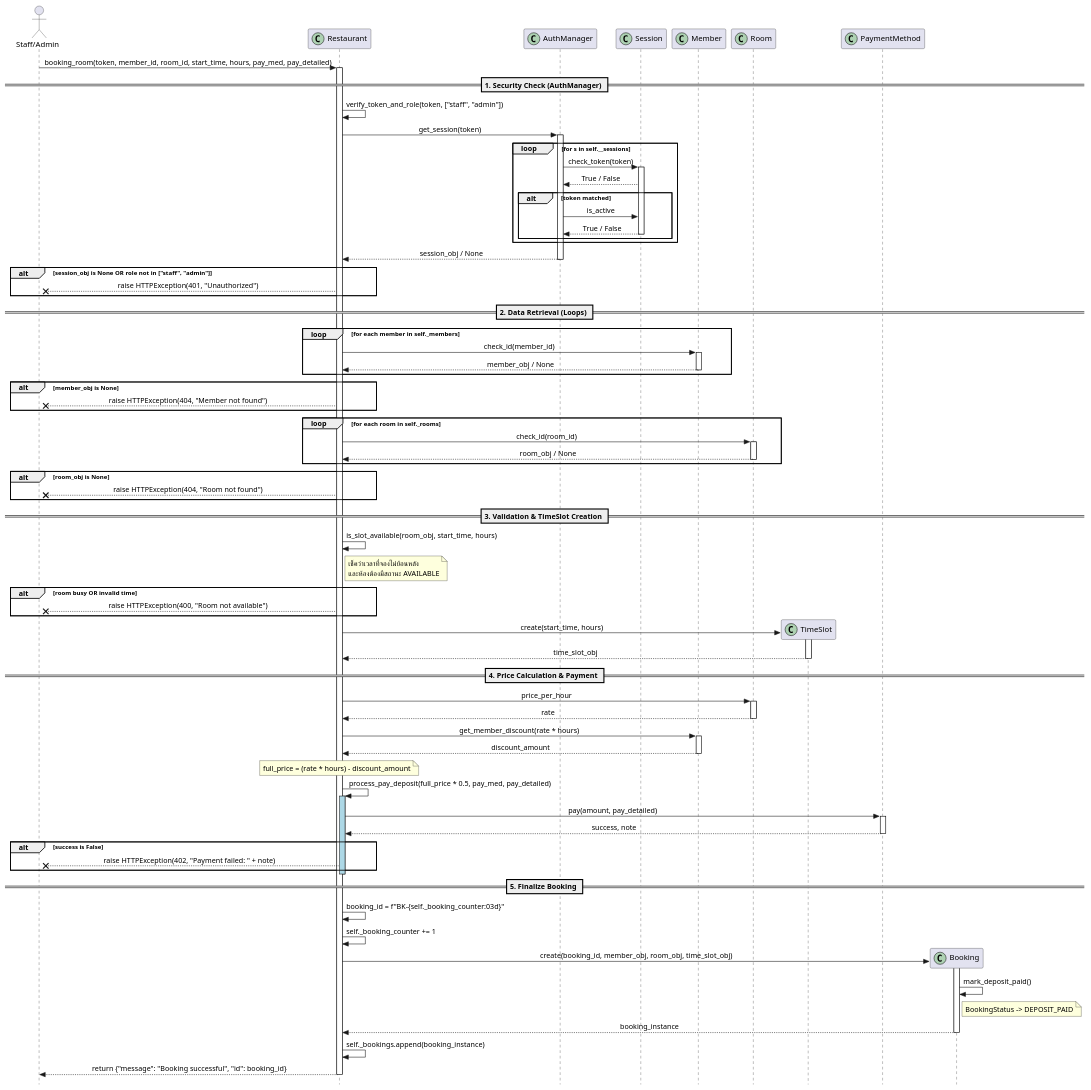
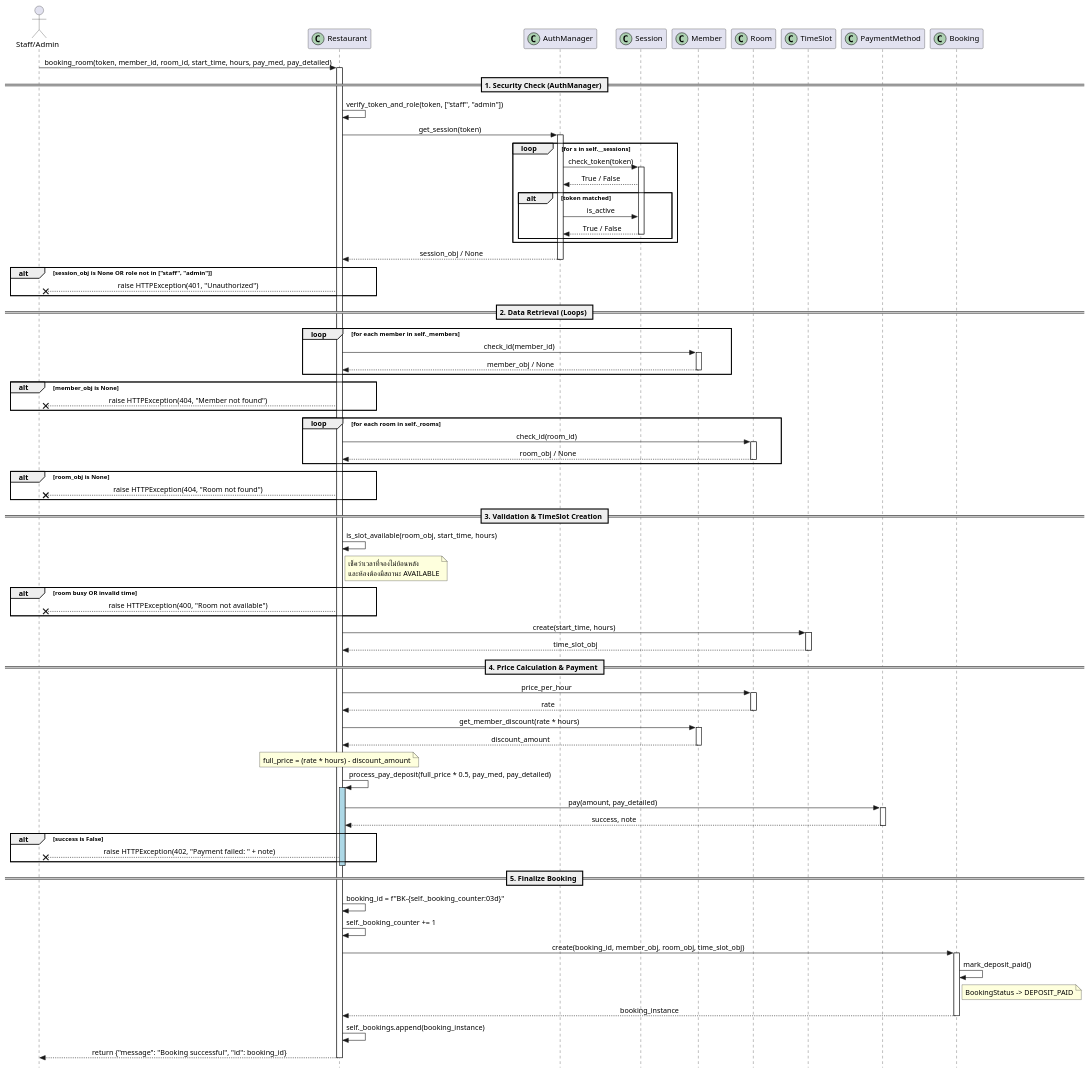
One commit to twrrippy/knight-chicken-oop changed the diagram in shared/doc/ิbooking_room_sequence_diagram.puml. Above: the diagram before and after it, drawn with PlantUML.

```diff
--- a/shared/doc/ิbooking_room_sequence_diagram.puml
+++ b/shared/doc/ิbooking_room_sequence_diagram.puml
@@ -1,119 +1,119 @@
 @startuml
 skinparam style strictuml
 skinparam sequenceMessageAlignment center
 
 ' --- Participants ประกาศไว้ด้านบนเพื่อให้ระดับเดียวกัน ---
 actor "Staff/Admin" as S
 participant "Restaurant" as R << (C,#ADD1B2) >>
 participant "AuthManager" as Auth << (C,#ADD1B2) >>
 participant "Session" as SS << (C,#ADD1B2) >>
 participant "Member" as M << (C,#ADD1B2) >>
 participant "Room" as RM << (C,#ADD1B2) >>
 participant "TimeSlot" as TS << (C,#ADD1B2) >>
 participant "PaymentMethod" as PM << (C,#ADD1B2) >>
 participant "Booking" as B << (C,#ADD1B2) >>
 
 ' --- เริ่มต้น Logic ---
 S -> R : booking_room(token, member_id, room_id, start_time, hours, pay_med, pay_detailed)
 activate R
 
     == 1. Security Check (AuthManager) ==
     R -> R : verify_token_and_role(token, ["staff", "admin"])
     R -> Auth : get_session(token)
     activate Auth
         
         loop for s in self.__sessions
             Auth -> SS : check_token(token)
             activate SS
             SS --> Auth : True / False
             
             alt token matched
                 Auth -> SS : is_active
                 SS --> Auth : True / False
             deactivate SS    
             end
         end
         
         Auth --> R : session_obj / None
     deactivate Auth
     
     alt session_obj is None OR role not in ["staff", "admin"]
         R --X S : raise HTTPException(401, "Unauthorized")
     end
 
     == 2. Data Retrieval (Loops) ==
     loop for each member in self._members
         R -> M : check_id(member_id)
         activate M
         M --> R : member_obj / None
         deactivate M
     end
     alt member_obj is None
         R --X S : raise HTTPException(404, "Member not found")
     end
 
     loop for each room in self._rooms
         R -> RM : check_id(room_id)
         activate RM
         RM --> R : room_obj / None
         deactivate RM
     end
     alt room_obj is None
         R --X S : raise HTTPException(404, "Room not found")
     end
 
     == 3. Validation & TimeSlot Creation ==
     R -> R : is_slot_available(room_obj, start_time, hours)
     note right of R : เช็คว่าเวลาที่จองไม่ย้อนหลัง\nและห้องต้องมีสถานะ AVAILABLE
     
     alt room busy OR invalid time
         R --X S : raise HTTPException(400, "Room not available")
     end
 
-    R -> TS ** : create(start_time, hours)
+    R -> TS : create(start_time, hours)
     activate TS
         TS --> R : time_slot_obj
     deactivate TS
 
     == 4. Price Calculation & Payment ==
     R -> RM : price_per_hour
     activate RM
         RM --> R : rate
     deactivate RM
 
     R -> M : get_member_discount(rate * hours)
     activate M
         M --> R : discount_amount
     deactivate M
     
     note over R : full_price = (rate * hours) - discount_amount
 
     R -> R : process_pay_deposit(full_price * 0.5, pay_med, pay_detailed)
     activate R #LightBlue
         R -> PM : pay(amount, pay_detailed)
         activate PM
             PM --> R : success, note
         deactivate PM
         
         alt success is False
             R --X S : raise HTTPException(402, "Payment failed: " + note)
         end
     deactivate R
 
     == 5. Finalize Booking ==
     R -> R : booking_id = f"BK-{self._booking_counter:03d}"
     R -> R : self._booking_counter += 1
     
-    R -> B ** : create(booking_id, member_obj, room_obj, time_slot_obj)
+    R -> B : create(booking_id, member_obj, room_obj, time_slot_obj)
     activate B
         B -> B : mark_deposit_paid()
         note right of B : BookingStatus -> DEPOSIT_PAID
         B --> R : booking_instance
     deactivate B
     
     R -> R : self._bookings.append(booking_instance)
     
     R --> S : return {"message": "Booking successful", "id": booking_id}
 
 deactivate R
 @enduml
```
